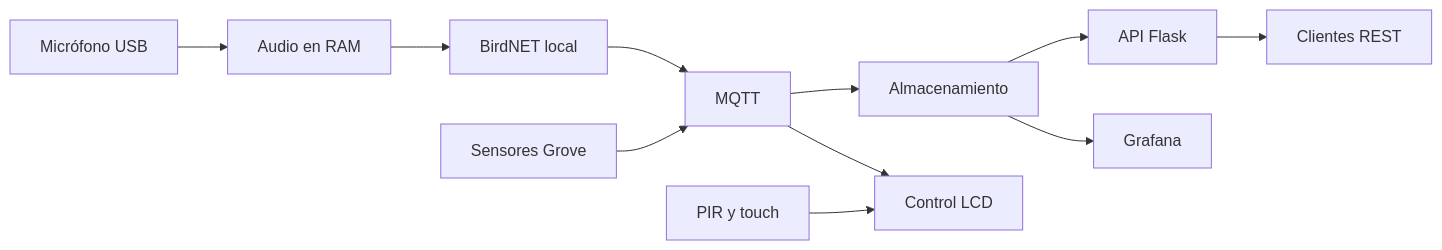
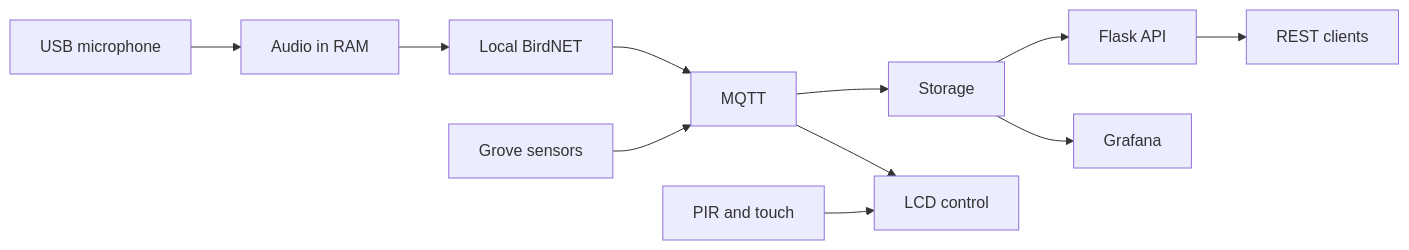
The diagram in README.md (elenaatorralbo/txori-kantua), drawn with Mermaid before and after one commit. The commit also changed other lines of this file and 14 other files, not shown here.

````diff
--- a/README.md
+++ b/README.md
@@ -23,13 +23,13 @@
 ```mermaid
 flowchart LR
-  Mic[Micrófono USB] --> Audio[Audio en RAM]
-  Audio --> AI[BirdNET local]
+  Mic[USB microphone] --> Audio[Audio in RAM]
+  Audio --> AI[Local BirdNET]
   AI --> MQ[MQTT]
-  Sensors[Sensores Grove] --> MQ
-  MQ --> Store[Almacenamiento]
-  Store --> API[API Flask]
+  Sensors[Grove sensors] --> MQ
+  MQ --> Store[Storage]
+  Store --> API[Flask API]
   Store --> Dash[Grafana]
-  API --> Clients[Clientes REST]
-  MQ --> LCD[Control LCD]
-  Input[PIR y touch] --> LCD
+  API --> Clients[REST clients]
+  MQ --> LCD[LCD control]
+  Input[PIR and touch] --> LCD
 ```
````
